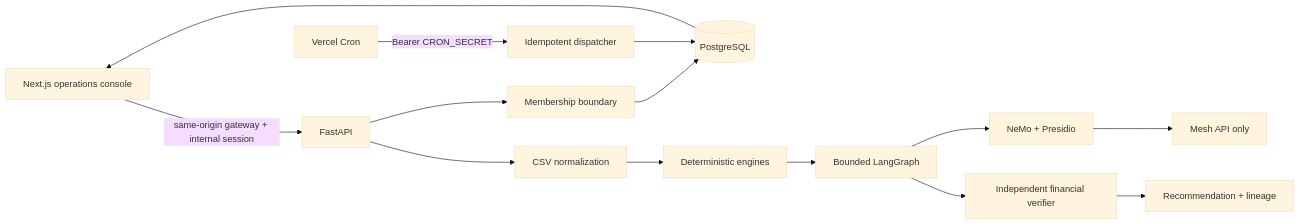
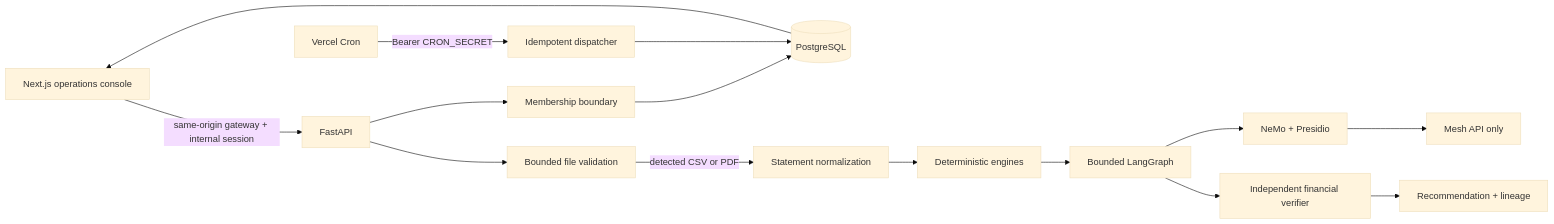
The diagram in README.md (aiengineer-labs/finpilot-financial-intelligence-system), drawn with Mermaid (base theme) before and after one commit. The commit also changed other lines of this file and 41 other files, not shown here.

Commit message:
feat: add secure statement intake

````diff
--- a/README.md
+++ b/README.md
@@ -38,16 +38,17 @@
 ```mermaid
 flowchart LR
   UI[Next.js operations console] -->|same-origin gateway + internal session| API[FastAPI]
   API --> AUTH[Membership boundary]
   AUTH --> DB[(PostgreSQL)]
-  API --> INGEST[CSV normalization]
+  API --> INTAKE[Bounded file validation]
+  INTAKE -->|detected CSV or PDF| INGEST[Statement normalization]
   INGEST --> ENGINE[Deterministic engines]
   ENGINE --> GRAPH[Bounded LangGraph]
   GRAPH --> RAILS[NeMo + Presidio]
   RAILS --> MESH[Mesh API only]
   GRAPH --> VERIFY[Independent financial verifier]
   VERIFY --> AUDIT[Recommendation + lineage]
   CRON[Vercel Cron] -->|Bearer CRON_SECRET| DISPATCH[Idempotent dispatcher]
   DISPATCH --> DB
   DB --> UI
 ```
````
